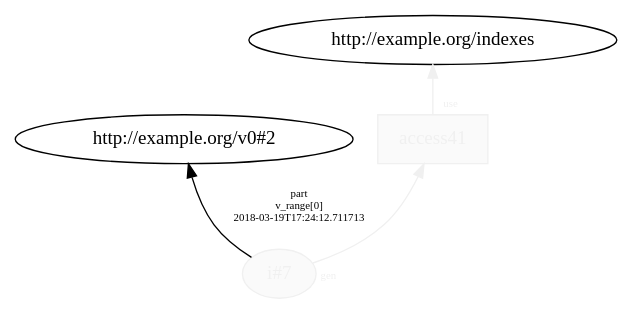
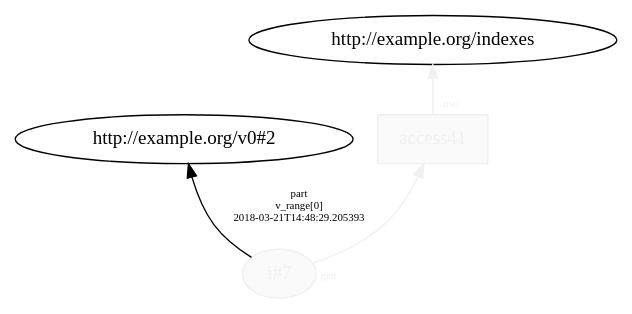
One commit to dew-uff/versioned-prov changed the diagram in generated/mutable_prov/temp/L14__loop_access_7.dot. Above: the diagram before and after it, drawn with Graphviz. The commit also changed 779 other files, not shown here.

```diff
--- a/generated/mutable_prov/temp/L14__loop_access_7.dot
+++ b/generated/mutable_prov/temp/L14__loop_access_7.dot
@@ -1,9 +1,9 @@
 digraph "PROV" { size="16,12"; rankdir="BT";
 "http://example.org/i#7" [fillcolor="#FAFAFA",color="#F0F0F0",style="filled",fontcolor="#F0F0F0",label="i#7",URL="http://example.org/i#7"]
 "http://example.org/i#7" -> "http://example.org/v0#2" [fontsize="8",distance="1.5",angle="60.0",rotation="20",label="part
 v_range[0]
-2018-03-19T17:24:12.711713"]
+2018-03-21T14:48:29.205393"]
 "http://example.org/access41" [fillcolor="#FAFAFA",color="#F0F0F0",shape="polygon",sides="4",style="filled",fontcolor="#F0F0F0",label="access41",URL="http://example.org/access41"]
 "http://example.org/access41" -> "http://example.org/indexes" [labelfontsize="8",labeldistance="1.5",labelangle="60.0",rotation="20",taillabel="use",fontcolor="#F0F0F0",color="#F0F0F0"]
 "http://example.org/i#7" -> "http://example.org/access41" [labelfontsize="8",labeldistance="1.5",labelangle="60.0",rotation="20",taillabel="gen",fontcolor="#F0F0F0",color="#F0F0F0"]
 }
```
